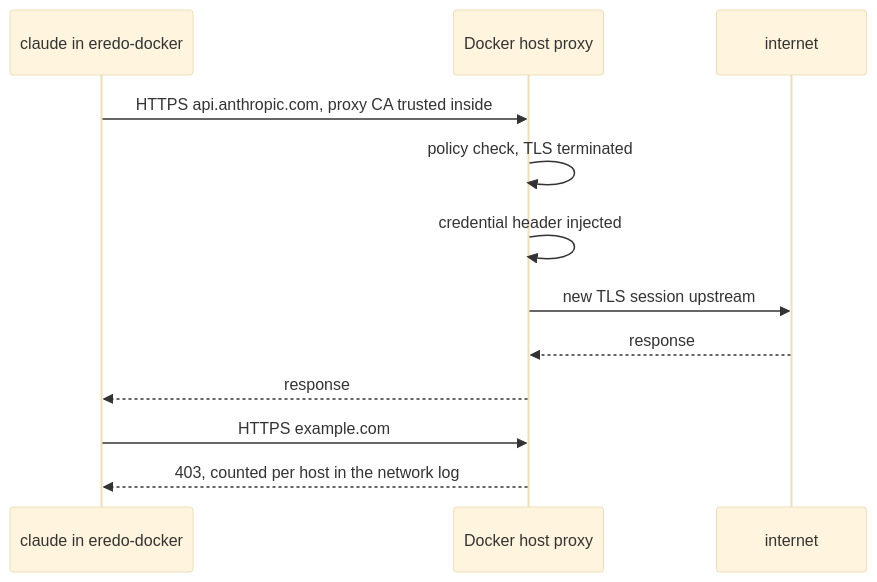
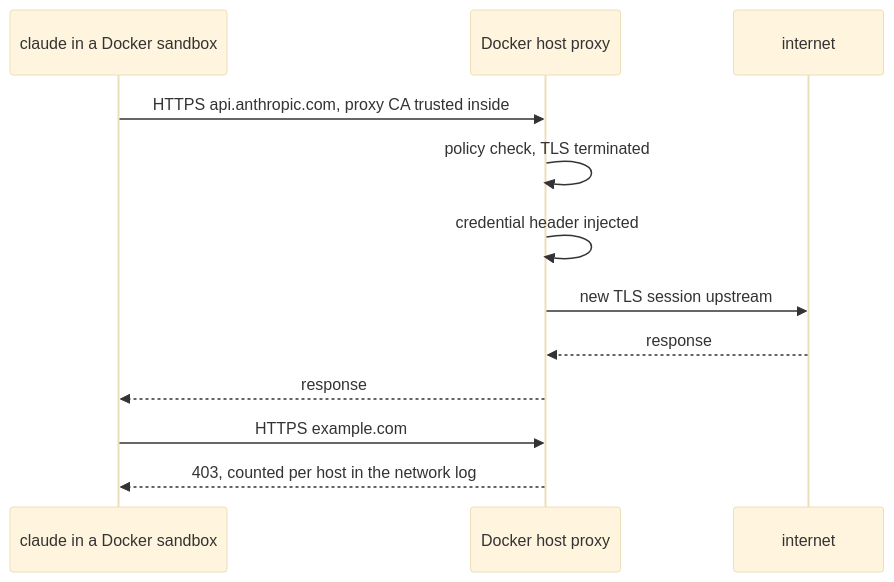
The fifth of 7 diagrams in ARCHITECTURE.md (marhaasa/eredo), drawn with Mermaid (base theme) before and after one commit. The commit also changed other lines of this file and 8 other files, not shown here.

Commit message:
0.3.1: retire the eredo-docker twin; document Docker Sandboxes as the option for untrusted or unattended work

````diff
--- a/ARCHITECTURE.md
+++ b/ARCHITECTURE.md
@@ -122,14 +124,14 @@
 ```mermaid
 sequenceDiagram
-  participant C as claude in eredo-docker
+  participant C as claude in a Docker sandbox
   participant P as Docker host proxy
   participant I as internet
   C->>P: HTTPS api.anthropic.com, proxy CA trusted inside
   P->>P: policy check, TLS terminated
   P->>P: credential header injected
   P->>I: new TLS session upstream
   I-->>P: response
   P-->>C: response
   C->>P: HTTPS example.com
   P-->>C: 403, counted per host in the network log
 ```
````
